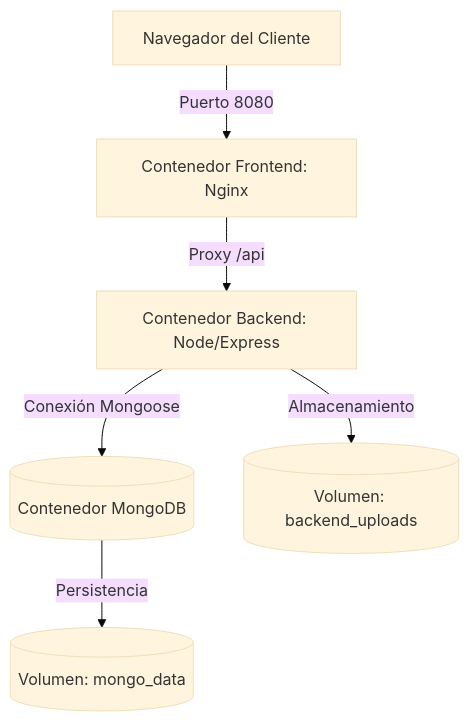
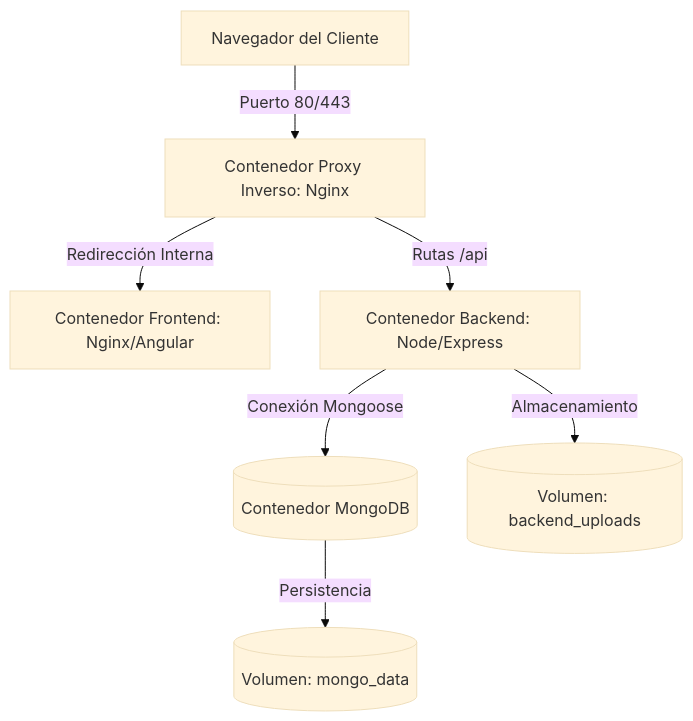
One commit to cdc-netics/certvault changed the diagram in Docs/deploy.md. Above: the diagram before and after it, drawn with Mermaid (base theme). The commit also changed other lines of this file and 14 other files, not shown here.

Commit message:
feat: implement backend security settings, audit logging, cron services, and Nginx reverse proxy configuration

````diff
--- a/Docs/deploy.md
+++ b/Docs/deploy.md
@@ -11,8 +11,9 @@
 ```mermaid
 graph TD
-    Client[Navegador del Cliente] -->|Puerto 8080| Frontend[Contenedor Frontend: Nginx]
-    Frontend -->|Proxy /api| Backend[Contenedor Backend: Node/Express]
+    Client[Navegador del Cliente] -->|Puerto 80/443| Proxy[Contenedor Proxy Inverso: Nginx]
+    Proxy -->|Redirección Interna| Frontend[Contenedor Frontend: Nginx/Angular]
+    Proxy -->|Rutas /api| Backend[Contenedor Backend: Node/Express]
     Backend -->|Conexión Mongoose| DB[(Contenedor MongoDB)]
     Backend -->|Almacenamiento| VolUploads[(Volumen: backend_uploads)]
     DB -->|Persistencia| VolMongo[(Volumen: mongo_data)]
 ```
````
